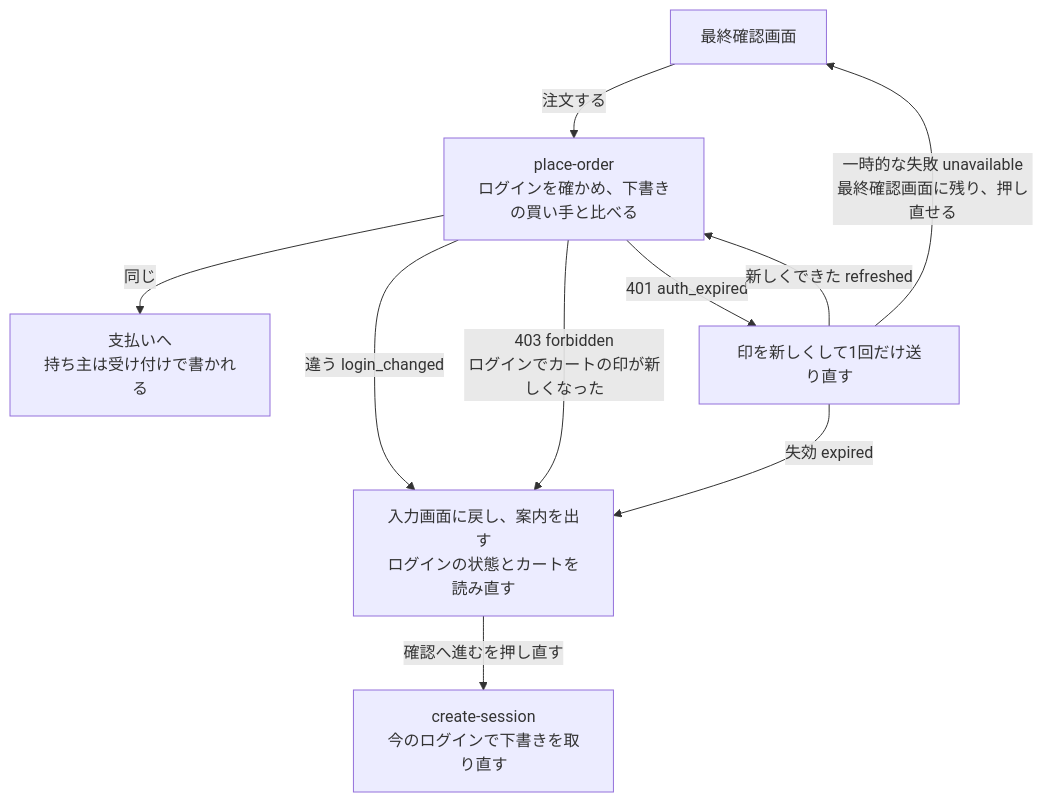
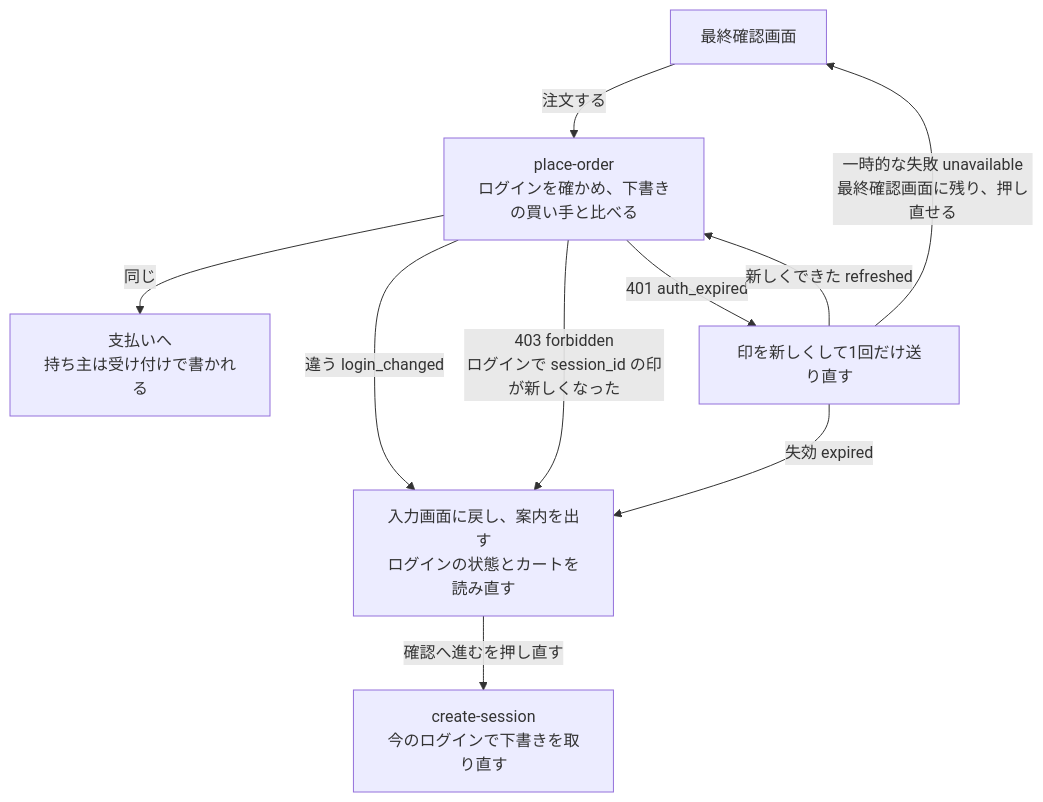
The second of 5 diagrams in docs/04_DetailDesign/pages/13_checkout.md (ChocoWork/o_official), drawn with Mermaid before and after one commit. The commit also changed other lines of this file and 5 other files, not shown here.

````diff
--- a/docs/04_DetailDesign/pages/13_checkout.md
+++ b/docs/04_DetailDesign/pages/13_checkout.md
@@ -60,12 +60,12 @@
 ```mermaid
 flowchart TD
     Final["最終確認画面"] -->|注文する| Place["place-order<br/>ログインを確かめ、下書きの買い手と比べる"]
     Place -->|同じ| Pay["支払いへ<br/>持ち主は受け付けで書かれる"]
     Place -->|違う login_changed| Input["入力画面に戻し、案内を出す<br/>ログインの状態とカートを読み直す"]
-    Place -->|403 forbidden<br/>ログインでカートの印が新しくなった| Input
+    Place -->|403 forbidden<br/>ログインで session_id の印が新しくなった| Input
     Place -->|401 auth_expired| Refresh["印を新しくして1回だけ送り直す"]
     Refresh -->|新しくできた refreshed| Place
     Refresh -->|失効 expired| Input
     Refresh -->|一時的な失敗 unavailable<br/>最終確認画面に残り、押し直せる| Final
     Input -->|確認へ進むを押し直す| Create["create-session<br/>今のログインで下書きを取り直す"]
 ```
````
